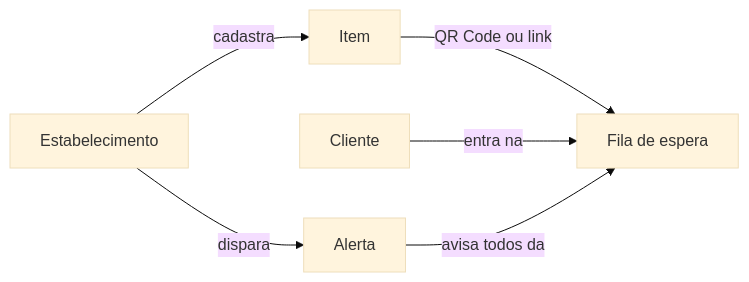
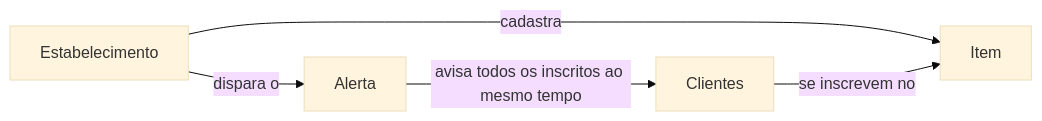
The diagram in como-funciona.mdx (claudiusnascimento/docs-need-alert), drawn with Mermaid (base theme) before and after one commit. The commit also changed other lines of this file and 35 other files, not shown here.

First line of the commit message:
docs: troca "fila" por inscrição/inscritos e adiciona guia da documentação da API

````diff
--- a/como-funciona.mdx
+++ b/como-funciona.mdx
@@ -9,8 +9,7 @@
 ```mermaid
 flowchart LR
   A[Estabelecimento] -->|cadastra| B[Item]
-  B -->|QR Code ou link| C[Fila de espera]
-  D[Cliente] -->|entra na| C
-  A -->|dispara| E[Alerta]
-  E -->|avisa todos da| C
+  D[Clientes] -->|se inscrevem no| B
+  A -->|dispara o| E[Alerta]
+  E -->|avisa todos os inscritos ao mesmo tempo| D
 ```
````
